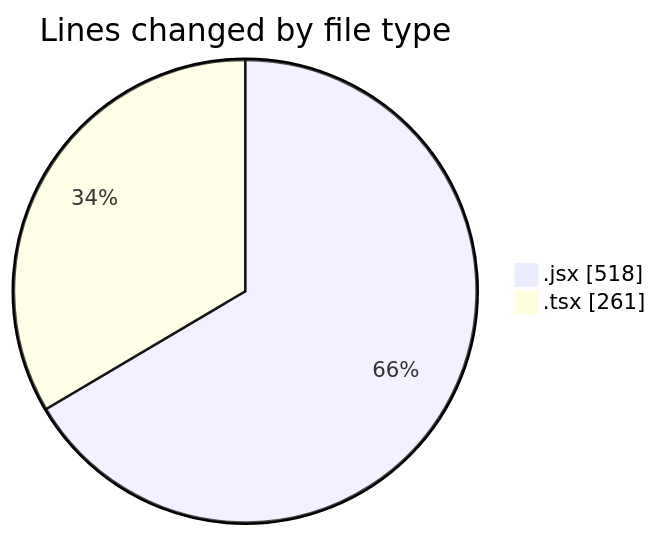
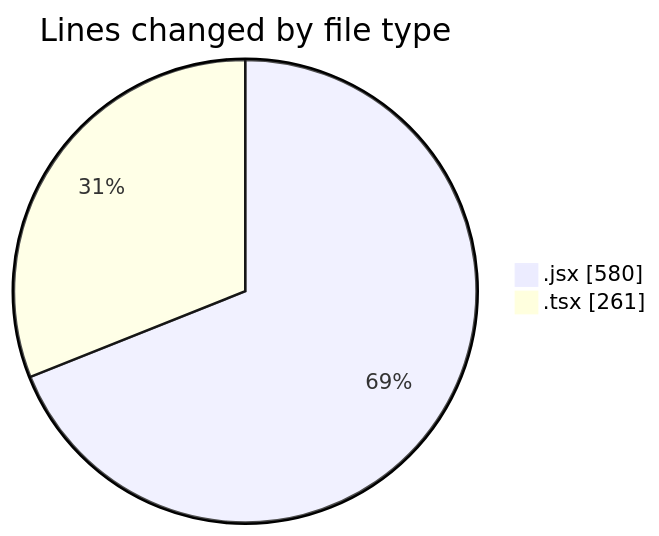
The first of 2 diagrams in 2026-02-11/cda/README.md (momahboobian/code-tracking), drawn with Mermaid before and after one commit. The commit also changed other lines of this file and 1 other file, not shown here.

````diff
--- a/2026-02-11/cda/README.md
+++ b/2026-02-11/cda/README.md
@@ -23,6 +24,6 @@
 ```mermaid
 pie showData
 title Lines changed by file type
-".jsx" : 518
+".jsx" : 580
 ".tsx" : 261
 ```
````
